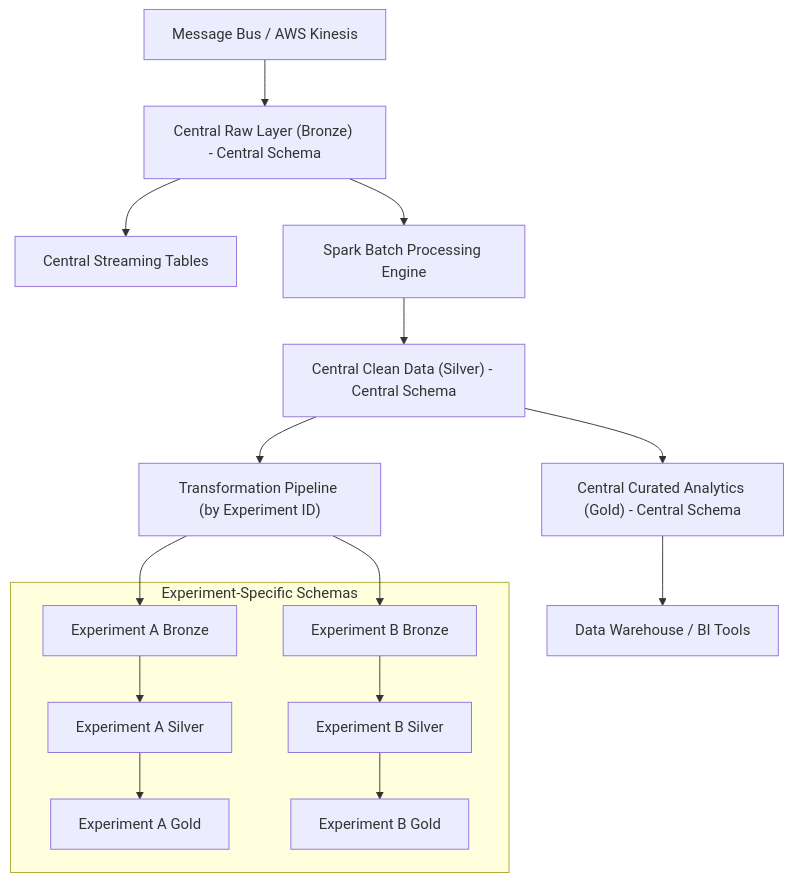
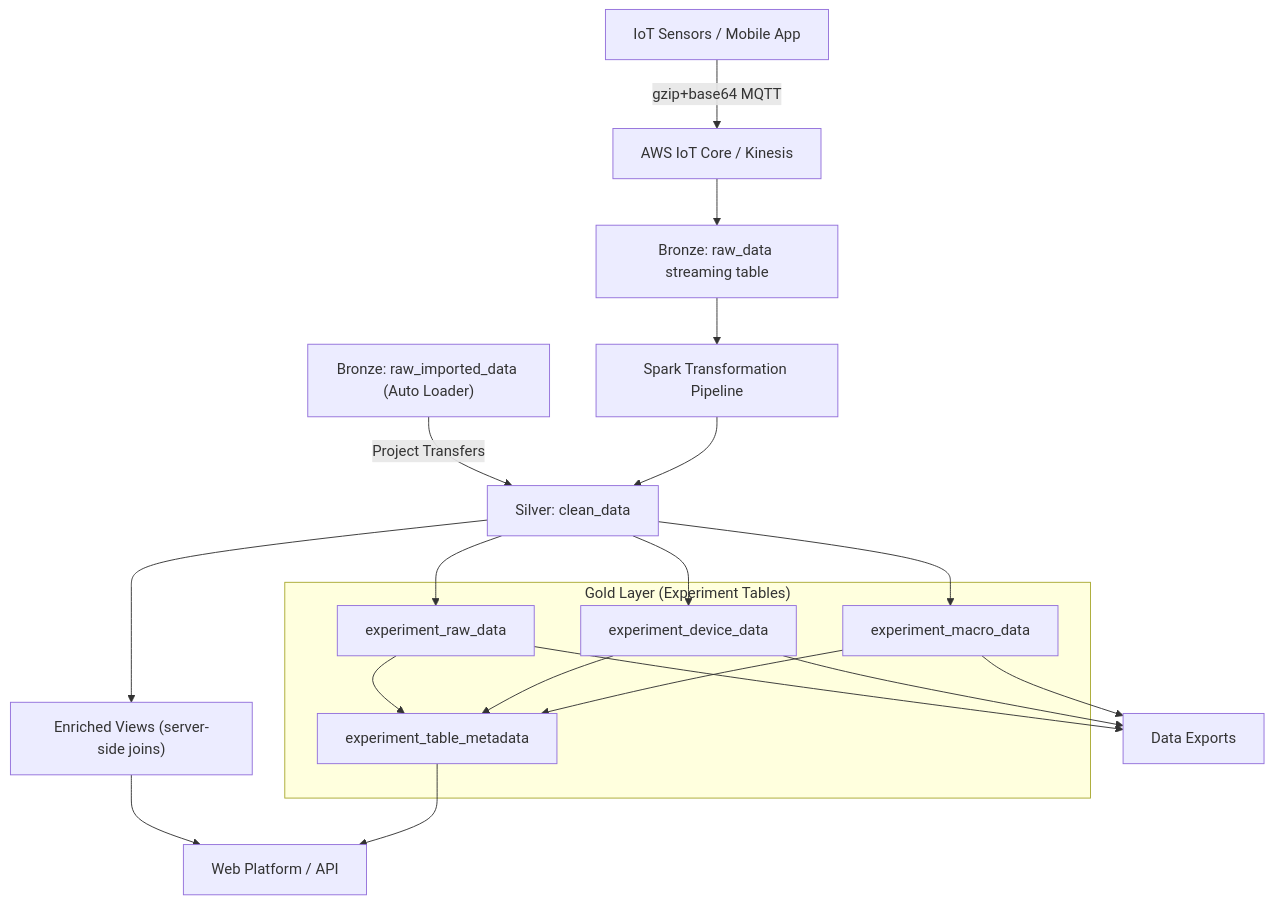
Before and after one commit to Jan-IngenHousz-Institute/open-jii: the diagram in apps/docs/docs/003-data-platform/003-ingestion-architecture.md, drawn with Mermaid. The commit also changed other lines of this file and 11 other files, not shown here.

````diff
--- a/apps/docs/docs/003-data-platform/003-ingestion-architecture.md
+++ b/apps/docs/docs/003-data-platform/003-ingestion-architecture.md
@@ -138,34 +121,38 @@
 ```mermaid
 graph TD
-A[Message Bus / AWS Kinesis]
-B["Central Raw Layer (Bronze) - Central Schema"]
-C[Central Streaming Tables]
-D[Spark Batch Processing Engine]
-E["Central Clean Data (Silver) - Central Schema"]
-F["Central Curated Analytics (Gold) - Central Schema"]
-G["Transformation Pipeline (by Experiment ID)"]
-H[Data Warehouse / BI Tools]
+A[IoT Sensors / Mobile App]
+B[AWS IoT Core / Kinesis]
+C["Bronze: raw_data streaming table"]
+D["Bronze: raw_imported_data (Auto Loader)"]
+E[Spark Transformation Pipeline]
+F["Silver: clean_data"]
+G["Enriched Views (server-side joins)"]
 
-subgraph "Experiment-Specific Schemas"
-I[Experiment A Bronze]
-J[Experiment A Silver]
-K[Experiment A Gold]
-L[Experiment B Bronze]
-M[Experiment B Silver]
-N[Experiment B Gold]
+subgraph "Gold Layer (Experiment Tables)"
+H[experiment_raw_data]
+I[experiment_device_data]
+J[experiment_macro_data]
+K[experiment_table_metadata]
 end
 
-A --> B
+L[Web Platform / API]
+M[Data Exports]
+
+A -->|"gzip+base64 MQTT"| B
 B --> C
-B --> D
-D --> E
+D -->|"Project Transfers"| F
+C --> E
 E --> F
-E --> G
-G --> I
-I --> J
+F --> G
+F --> H
+F --> I
+F --> J
+H --> K
+I --> K
 J --> K
 G --> L
-L --> M
-M --> N
-F --> H
+K --> L
+H --> M
+I --> M
+J --> M
 ```
````
